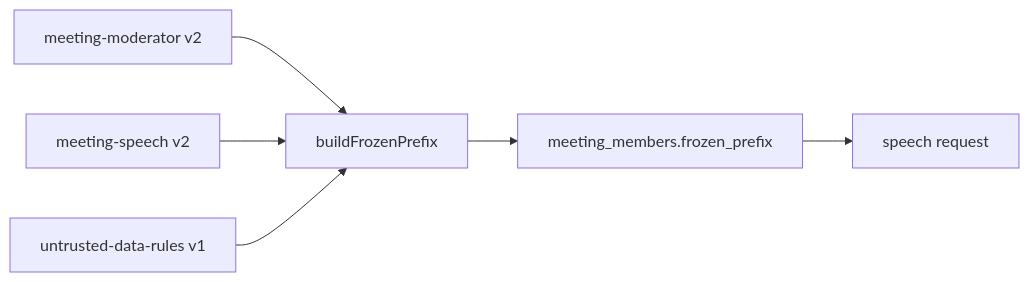
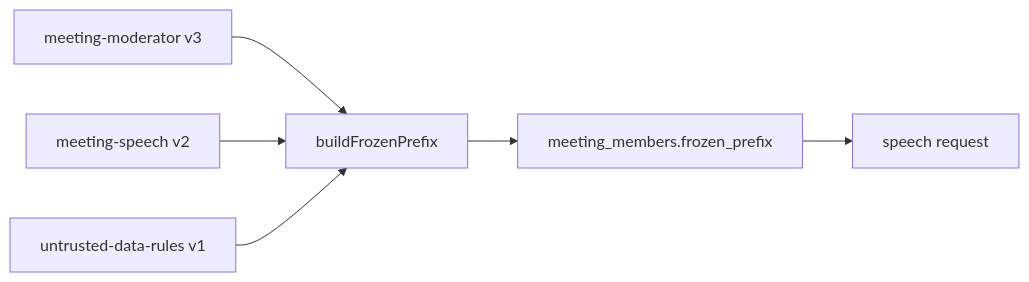
Before and after one commit to Ambar-13/Meta-hackathon: the diagram in packages/prompts/meeting-moderator/README.md, drawn with Mermaid. The commit also changed 122 other files, not shown here.

````diff
--- a/packages/prompts/meeting-moderator/README.md
+++ b/packages/prompts/meeting-moderator/README.md
@@ -15,8 +15,8 @@
 ```mermaid
 flowchart LR
-  M[meeting-moderator v2] --> P[buildFrozenPrefix]
+  M[meeting-moderator v3] --> P[buildFrozenPrefix]
   S[meeting-speech v2] --> P
   U[untrusted-data-rules v1] --> P
   P --> F[meeting_members.frozen_prefix]
   F --> R[speech request]
 ```
````
